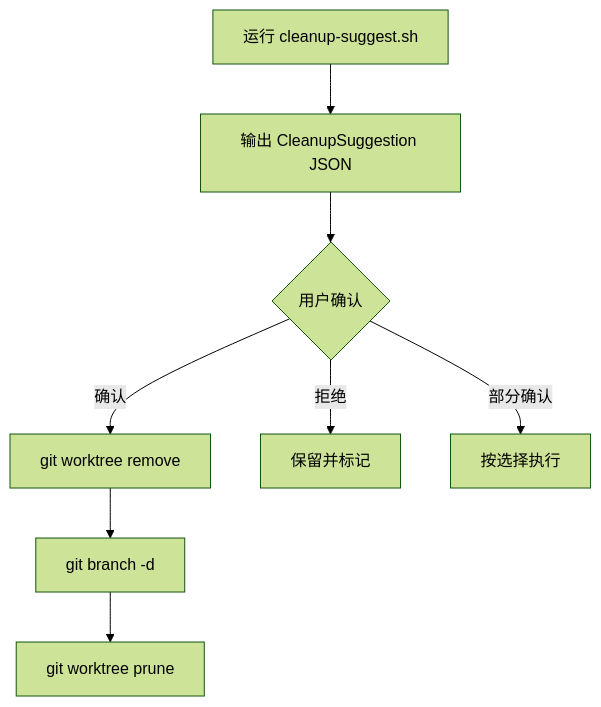
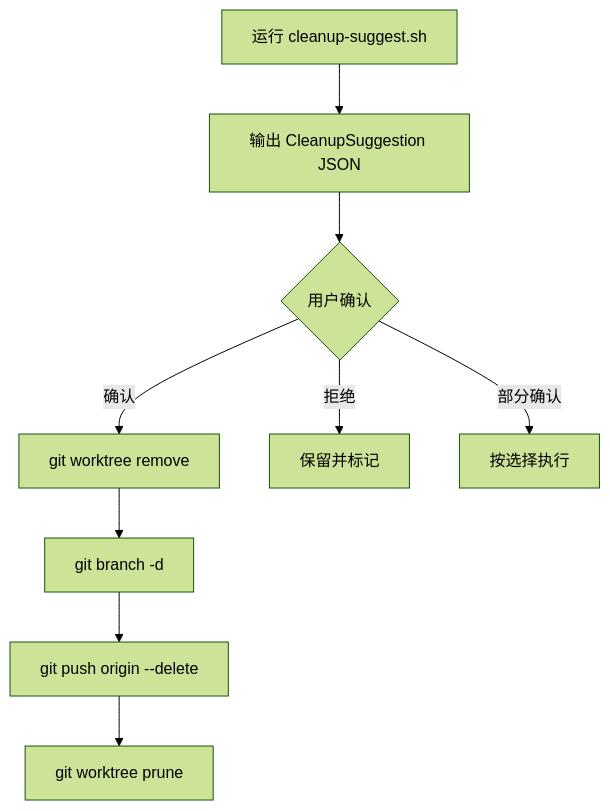
Before and after one commit to marcocpt/trae_skills: the diagram in dd-git-cleanup/SKILL.md, drawn with Mermaid (forest theme). The commit also changed other lines of this file and 3 other files, not shown here.

````diff
--- a/dd-git-cleanup/SKILL.md
+++ b/dd-git-cleanup/SKILL.md
@@ -23,10 +23,11 @@
 ```mermaid
 flowchart TD
     A[运行 cleanup-suggest.sh] --> B[输出 CleanupSuggestion JSON]
     B --> C{用户确认}
     C -->|确认| D[git worktree remove]
     D --> E[git branch -d]
-    E --> F[git worktree prune]
-    C -->|拒绝| G[保留并标记]
-    C -->|部分确认| H[按选择执行]
+    E --> F[git push origin --delete]
+    F --> G[git worktree prune]
+    C -->|拒绝| H[保留并标记]
+    C -->|部分确认| I[按选择执行]
 ```
````
